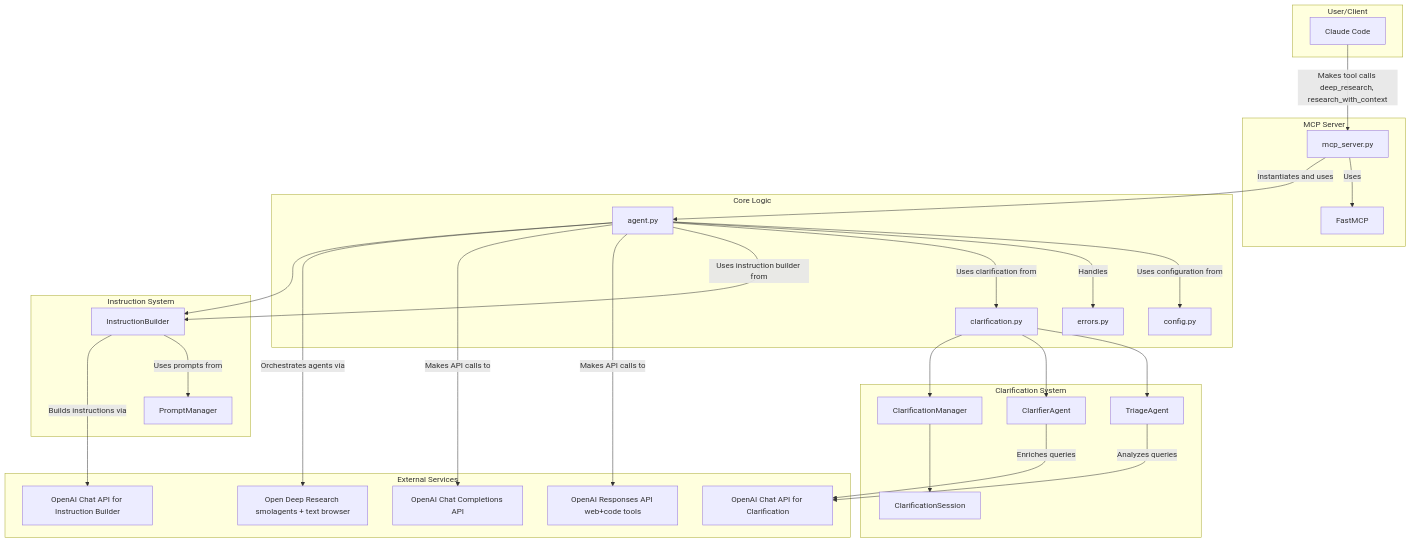
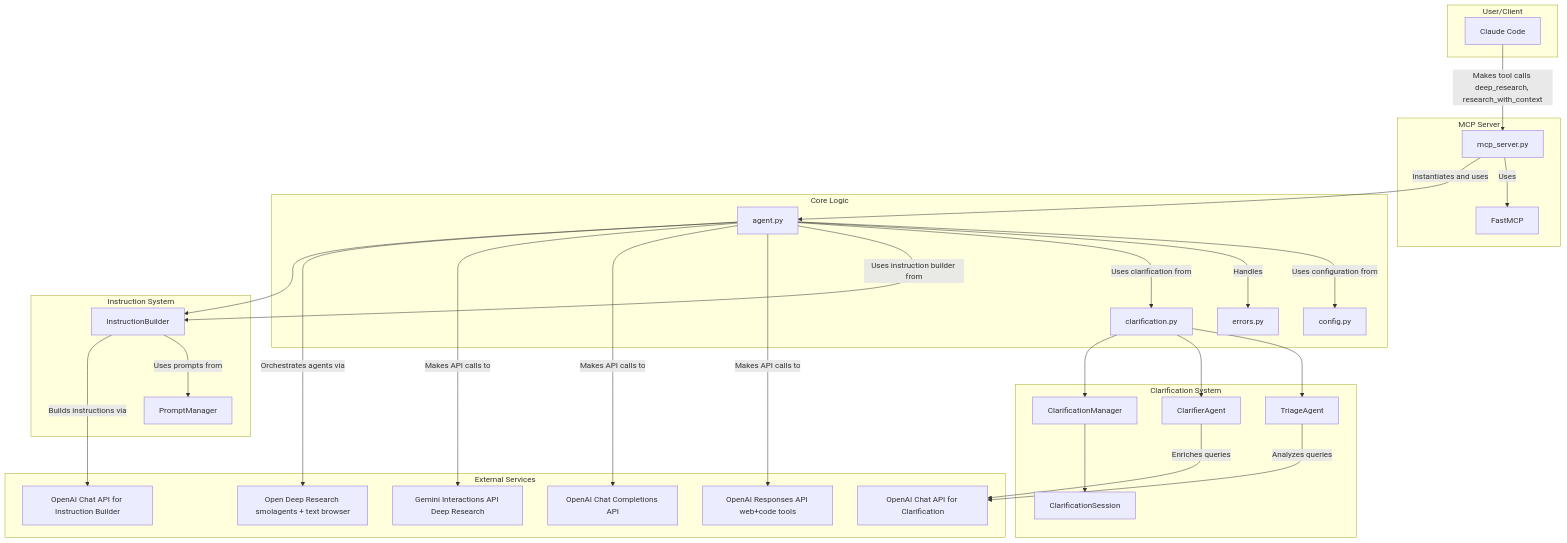
One commit to pminervini/deep-research-mcp changed the diagram in ARCH.md. Above: the diagram before and after it, drawn with Mermaid. The commit also changed other lines of this file and 12 other files, not shown here.

Commit message:
feat: add gemini deep research provider

````diff
--- a/ARCH.md
+++ b/ARCH.md
@@ -15,60 +15,62 @@
 ```mermaid
 graph TD
     subgraph User/Client
         A[Claude Code]
     end
 
     subgraph MCP Server
         B[mcp_server.py]
         C[FastMCP]
     end
 
     subgraph Core Logic
         D[agent.py]
         E[config.py]
         F[errors.py]
         G[clarification.py]
     end
 
     subgraph Clarification System
         G1[TriageAgent]
         G2[ClarifierAgent]
         G3[ClarificationManager]
         G4[ClarificationSession]
     end
     
     subgraph Instruction System
         J[InstructionBuilder]
         K[PromptManager]
     end
 
     subgraph External Services
         H[OpenAI Responses API web+code tools]
         H2[OpenAI Chat Completions API]
+        H3[Gemini Interactions API Deep Research]
         I[OpenAI Chat API for Clarification]
         L[OpenAI Chat API for Instruction Builder]
         M[Open Deep Research smolagents + text browser]
     end
 
     A -- "Makes tool calls deep_research, research_with_context" --> B
     B -- "Uses" --> C
     B -- "Instantiates and uses" --> D
     D -- "Uses configuration from" --> E
     D -- "Handles" --> F
     D -- "Uses clarification from" --> G
     D -- "Uses instruction builder from" --> J
     D -- "Makes API calls to" --> H
     D -- "Makes API calls to" --> H2
+    D -- "Makes API calls to" --> H3
     D -- "Orchestrates agents via" --> M
     
     G --> G1
     G --> G2
     G --> G3
     G3 --> G4
     G1 -- "Analyzes queries" --> I
     G2 -- "Enriches queries" --> I
     
     D --> J
     J -- "Uses prompts from" --> K
     J -- "Builds instructions via" --> L
 ```
````
